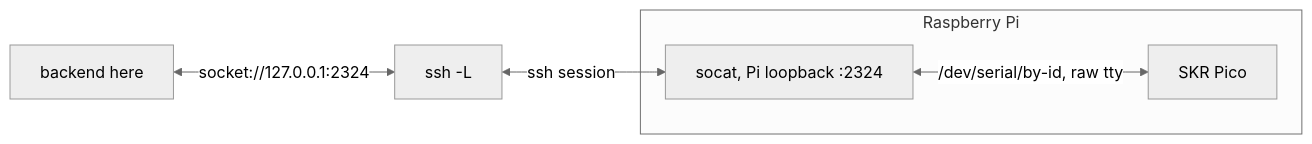
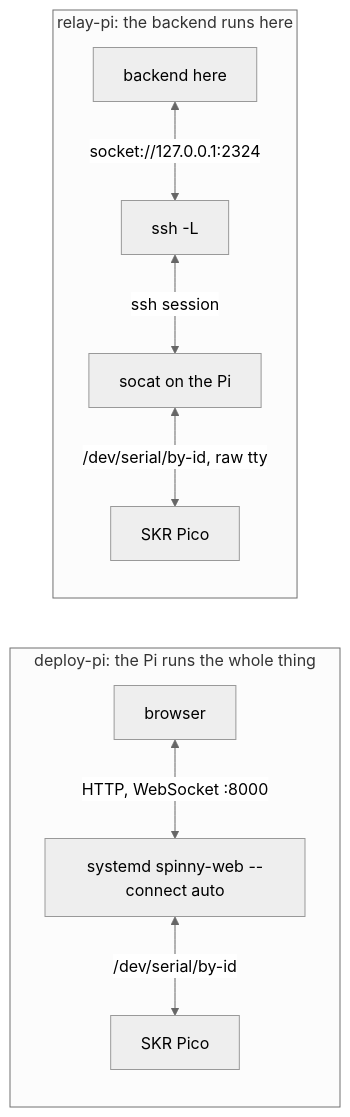
Before and after one commit to tmpk13/spinny-cnc: the second of 2 diagrams in docs/ARCHITECTURE.md, drawn with Mermaid (neutral theme). The commit also changed other lines of this file and 29 other files, not shown here.

````diff
--- a/docs/ARCHITECTURE.md
+++ b/docs/ARCHITECTURE.md
@@ -61,8 +75,12 @@
 ```mermaid
 flowchart LR
-    BE2[backend here] <-->|socket://127.0.0.1:2324| SSH[ssh -L]
-    SSH <-->|ssh session| SOC
-    subgraph PI[Raspberry Pi]
-        SOC[socat, Pi loopback :2324] <-->|/dev/serial/by-id, raw tty| BOARD[SKR Pico]
+    subgraph DEPLOYED[deploy-pi: the Pi runs the whole thing]
+        BR[browser] <-->|HTTP, WebSocket :8000| BE1
+        BE1[systemd spinny-web --connect auto] <-->|/dev/serial/by-id| BOARD1[SKR Pico]
+    end
+    subgraph RELAYED[relay-pi: the backend runs here]
+        BE2[backend here] <-->|socket://127.0.0.1:2324| SSH[ssh -L]
+        SSH <-->|ssh session| SOC[socat on the Pi]
+        SOC <-->|/dev/serial/by-id, raw tty| BOARD2[SKR Pico]
     end
 ```
````
